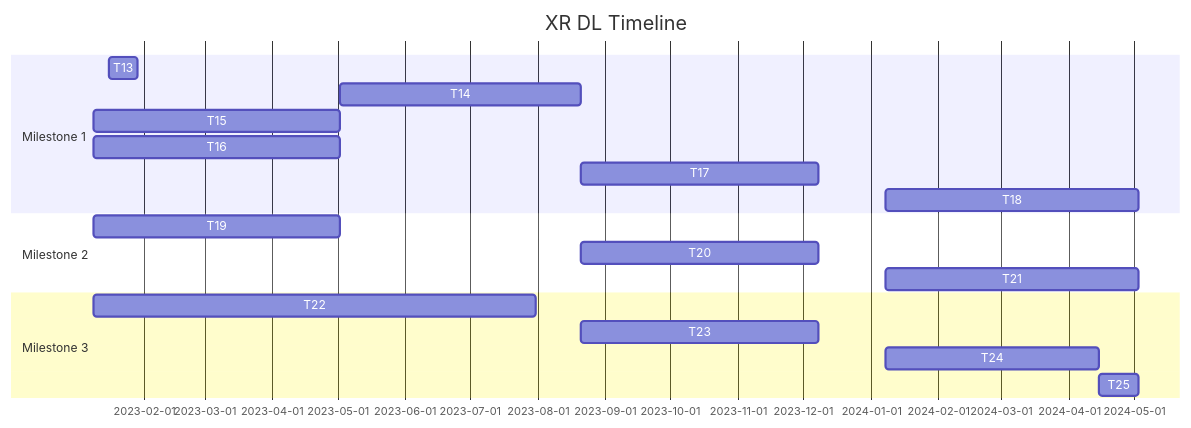
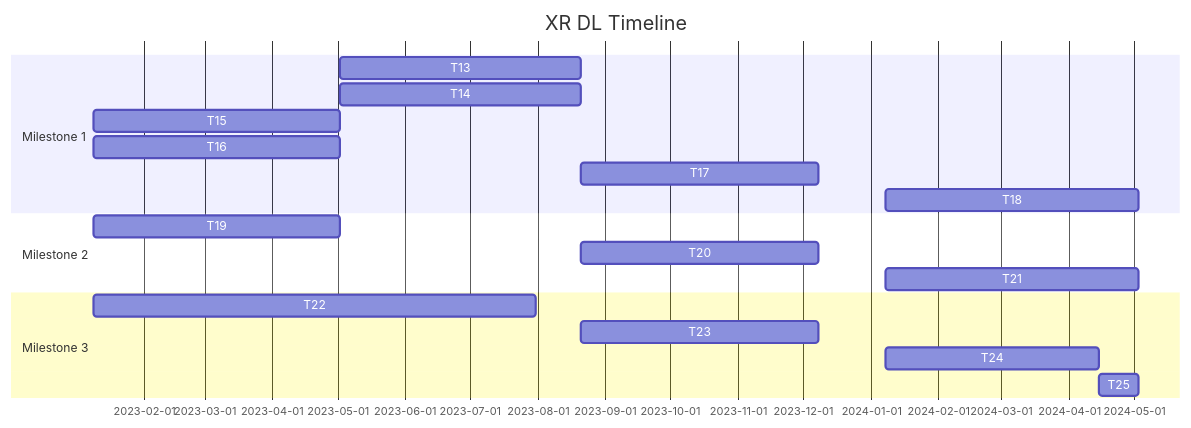
Before and after one commit to timothyoei/deliberate-learning2: the second of 2 diagrams in README.md, drawn with Mermaid.

Commit message:
Moved T13 to match T14

````diff
--- a/README.md
+++ b/README.md
@@ -46,21 +46,21 @@
 ```mermaid
 gantt
   title XR DL Timeline
   dateFormat MM-DD-YYYY
   section Milestone 1
-    T13: a1, 01-16-2023, 01-29-2023
+    T13: a1, after a3, 08-21-2023
     T14: a2, after a3, 08-21-2023
     T15: a3, 01-09-2023, 05-02-2023
     T16: a4, 01-09-2023, 05-02-2023
     T17: a5, 08-21-2023, 12-08-2023
     T18: a6, 01-08-2024, 05-03-2024
   section Milestone 2
     T19: b1, 01-09-2023, 05-02-2023
     T20: b2, 08-21-2023, 12-08-2023
     T21: b3, 01-08-2024, 05-03-2024
   section Milestone 3
     T22: c1, 01-09-2023, 07-31-2023
     T23: c2, 08-21-2023, 12-08-2023
     T24: c3, 01-08-2024, 04-15-2024
     T25: after c3, 05-03-2024
 ```
````
